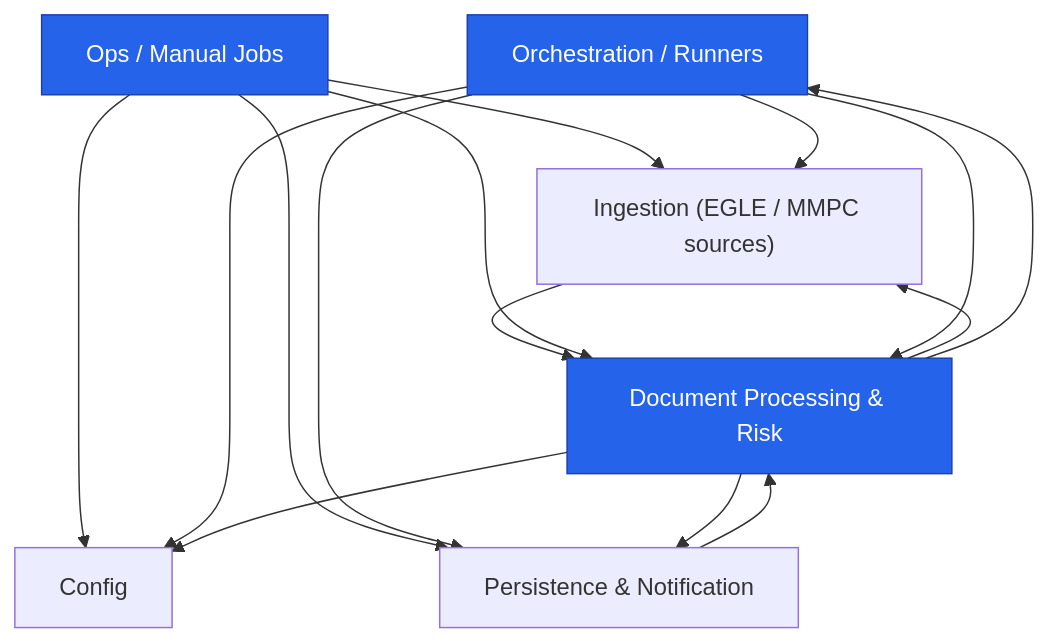
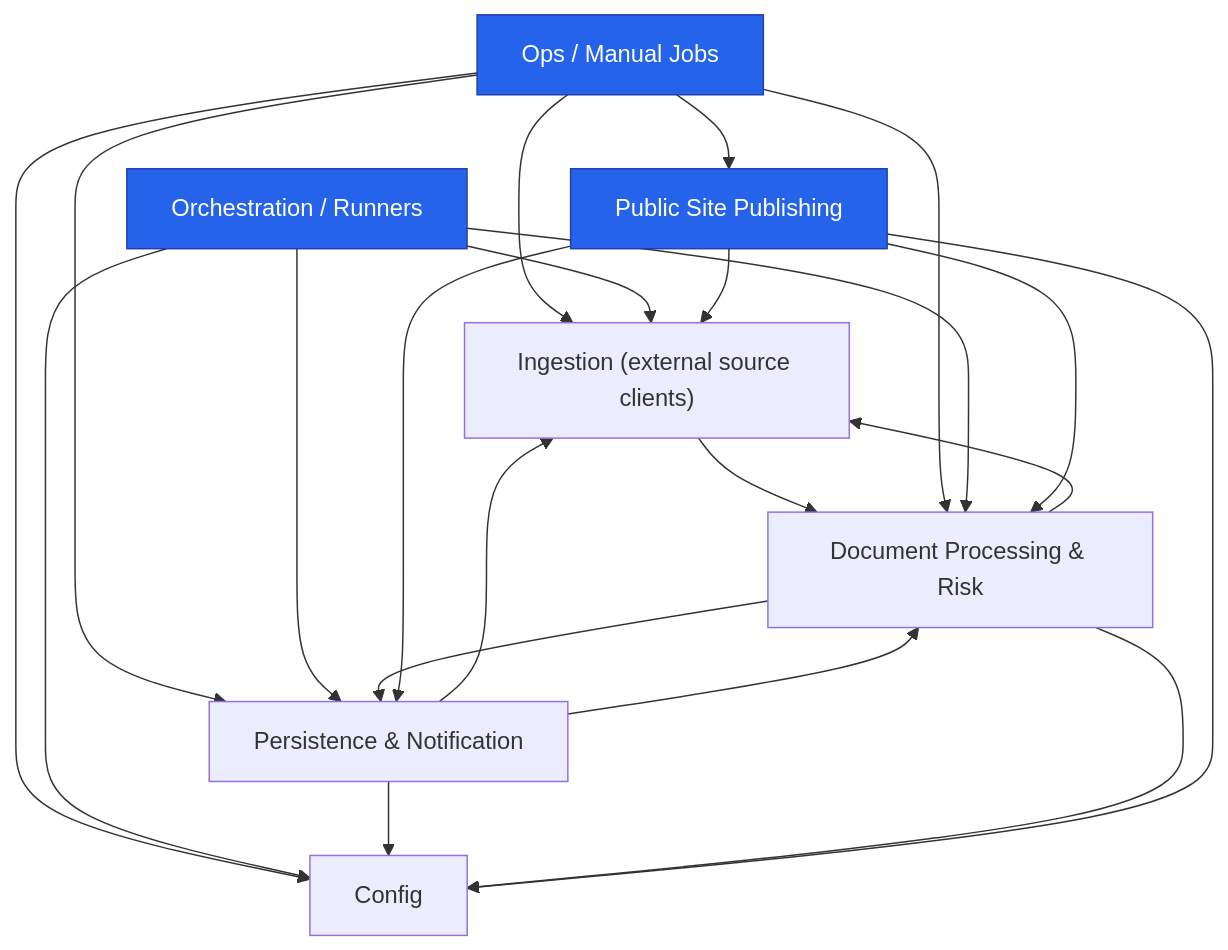
Before and after one commit to tkunst/arbor-hills-monitor: the diagram in docs/topology/call-graph.mmd, drawn with Mermaid. The commit also changed 5 other files, not shown here.

```diff
--- a/docs/topology/call-graph.mmd
+++ b/docs/topology/call-graph.mmd
@@ -1,26 +1,33 @@
 graph TD
   %% domain-level call graph — arbor-hills-monitor
   %% entry-point domains (scheduled/manual runners) highlighted
   dom_orchestration["Orchestration / Runners"]
-  dom_ingestion["Ingestion (EGLE / MMPC sources)"]
+  dom_ingestion["Ingestion (external source clients)"]
   dom_processing["Document Processing & Risk"]
   dom_persistence["Persistence & Notification"]
   dom_config["Config"]
+  dom_publishing["Public Site Publishing"]
   dom_ops["Ops / Manual Jobs"]
   dom_ingestion --> dom_processing
   dom_ops --> dom_config
   dom_ops --> dom_ingestion
   dom_ops --> dom_persistence
   dom_ops --> dom_processing
+  dom_ops --> dom_publishing
   dom_orchestration --> dom_config
   dom_orchestration --> dom_ingestion
   dom_orchestration --> dom_persistence
   dom_orchestration --> dom_processing
+  dom_persistence --> dom_config
+  dom_persistence --> dom_ingestion
   dom_persistence --> dom_processing
   dom_processing --> dom_config
   dom_processing --> dom_ingestion
-  dom_processing --> dom_orchestration
   dom_processing --> dom_persistence
+  dom_publishing --> dom_config
+  dom_publishing --> dom_ingestion
+  dom_publishing --> dom_persistence
+  dom_publishing --> dom_processing
   style dom_ops fill:#2563eb,color:#fff,stroke:#1e40af
-  style dom_processing fill:#2563eb,color:#fff,stroke:#1e40af
+  style dom_publishing fill:#2563eb,color:#fff,stroke:#1e40af
   style dom_orchestration fill:#2563eb,color:#fff,stroke:#1e40af
```
